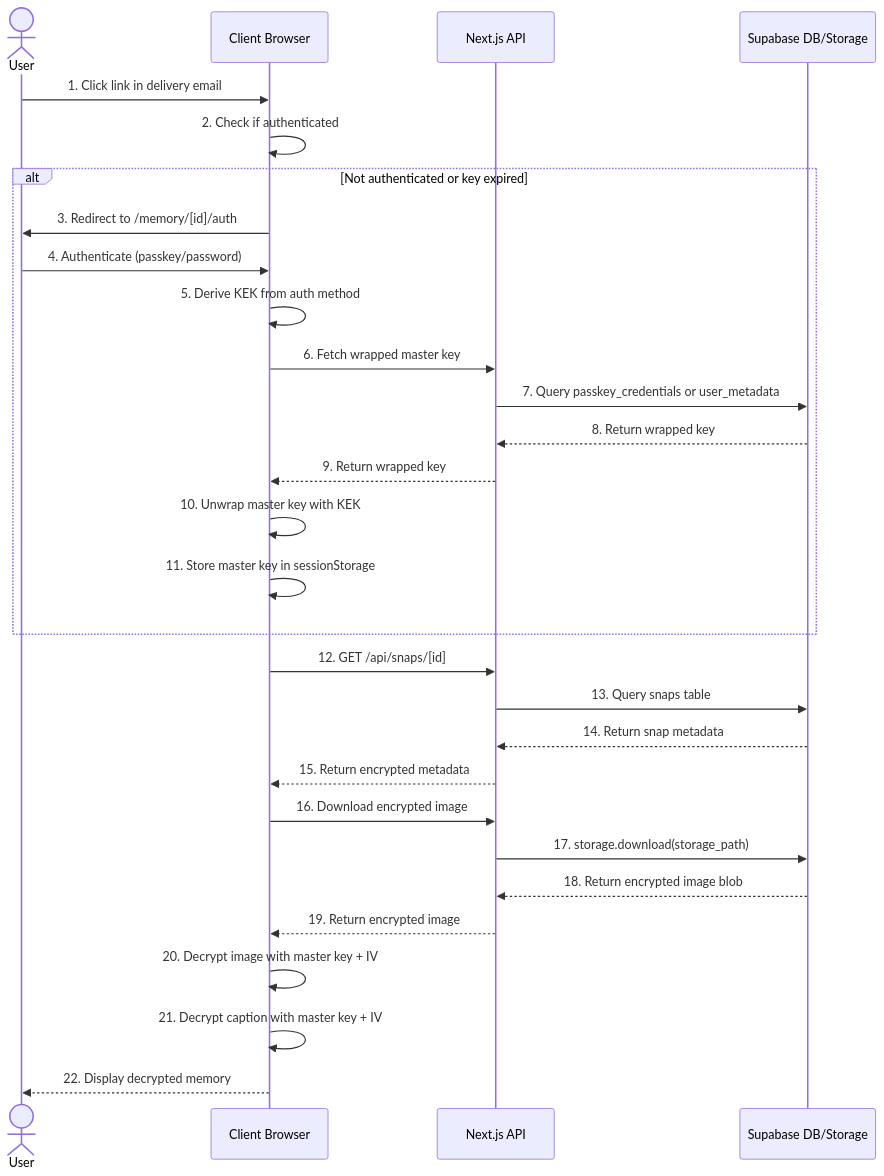
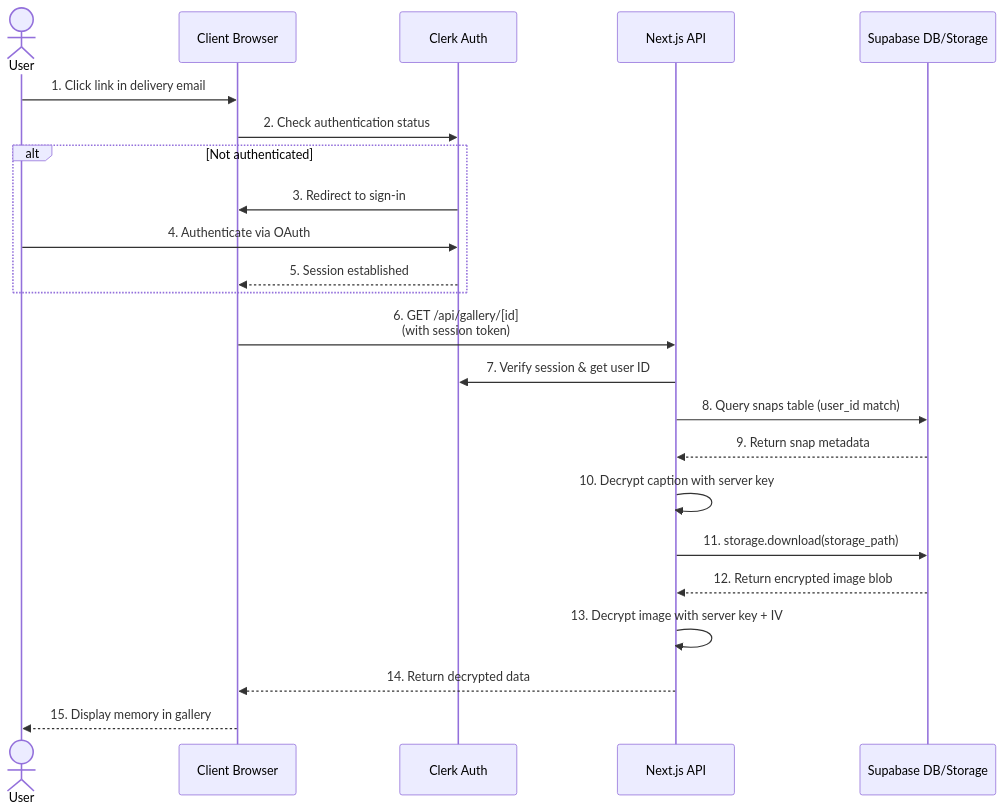
One commit to bjh-developer/restrip changed the third of 4 diagrams in TECHNICAL_DOCUMENTATION.md. Above: the diagram before and after it, drawn with Mermaid. The commit also changed other lines of this file, not shown here.

Commit message:
Update TECHNICAL_DOCUMENTATION.md - auth and encryption sections

````diff
--- a/TECHNICAL_DOCUMENTATION.md
+++ b/TECHNICAL_DOCUMENTATION.md
@@ -300,36 +316,30 @@
 ```mermaid
 sequenceDiagram
     actor User
     participant Client as Client Browser
+    participant Clerk as Clerk Auth
     participant Server as Next.js API
     participant Supabase as Supabase DB/Storage
 
     User->>Client: 1. Click link in delivery email
-    Client->>Client: 2. Check if authenticated
+    Client->>Clerk: 2. Check authentication status
     
-    alt Not authenticated or key expired
-        Client->>User: 3. Redirect to /memory/[id]/auth
-        User->>Client: 4. Authenticate (passkey/password)
-        Client->>Client: 5. Derive KEK from auth method
-        Client->>Server: 6. Fetch wrapped master key
-        Server->>Supabase: 7. Query passkey_credentials or user_metadata
-        Supabase-->>Server: 8. Return wrapped key
-        Server-->>Client: 9. Return wrapped key
-        Client->>Client: 10. Unwrap master key with KEK
-        Client->>Client: 11. Store master key in sessionStorage
+    alt Not authenticated
+        Clerk->>Client: 3. Redirect to sign-in
+        User->>Clerk: 4. Authenticate via OAuth
+        Clerk-->>Client: 5. Session established
     end
 
-    Client->>Server: 12. GET /api/snaps/[id]
-    Server->>Supabase: 13. Query snaps table
-    Supabase-->>Server: 14. Return snap metadata
-    Server-->>Client: 15. Return encrypted metadata
-
-    Client->>Server: 16. Download encrypted image
-    Server->>Supabase: 17. storage.download(storage_path)
-    Supabase-->>Server: 18. Return encrypted image blob
-    Server-->>Client: 19. Return encrypted image
-
-    Client->>Client: 20. Decrypt image with master key + IV
-    Client->>Client: 21. Decrypt caption with master key + IV
-    Client-->>User: 22. Display decrypted memory
+    Client->>Server: 6. GET /api/gallery/[id]<br/>(with session token)
+    Server->>Clerk: 7. Verify session & get user ID
+    Server->>Supabase: 8. Query snaps table (user_id match)
+    Supabase-->>Server: 9. Return snap metadata
+    
+    Server->>Server: 10. Decrypt caption with server key
+    Server->>Supabase: 11. storage.download(storage_path)
+    Supabase-->>Server: 12. Return encrypted image blob
+    Server->>Server: 13. Decrypt image with server key + IV
+    
+    Server-->>Client: 14. Return decrypted data
+    Client-->>User: 15. Display memory in gallery
 ```
````
